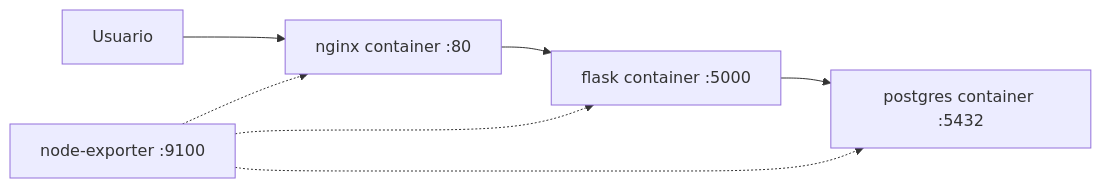
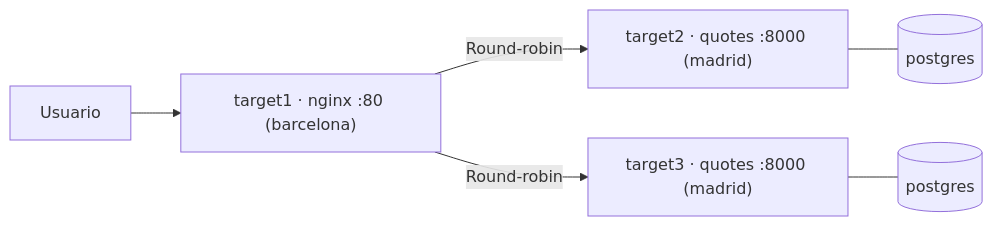
One commit to pabpereza/pabpereza changed the diagram in docs/cursos/ansible/111.Proyecto_real.md. Above: the diagram before and after it, drawn with Mermaid. The commit also changed other lines of this file, not shown here.

````diff
--- a/docs/cursos/ansible/111.Proyecto_real.md
+++ b/docs/cursos/ansible/111.Proyecto_real.md
@@ -46,9 +45,8 @@
 ```mermaid
 graph LR
-    U[Usuario] --> N[nginx container :80]
-    N --> A[flask container :5000]
-    A --> P[postgres container :5432]
-    NE[node-exporter :9100] -.-> A
-    NE -.-> N
-    NE -.-> P
+    U[Usuario] --> N["target1 · nginx :80 (barcelona)"]
+    N -->|Round-robin| A["target2 · quotes :8000 (madrid)"]
+    N -->|Round-robin| B["target3 · quotes :8000 (madrid)"]
+    A --- PA[(postgres)]
+    B --- PB[(postgres)]
 ```
````
